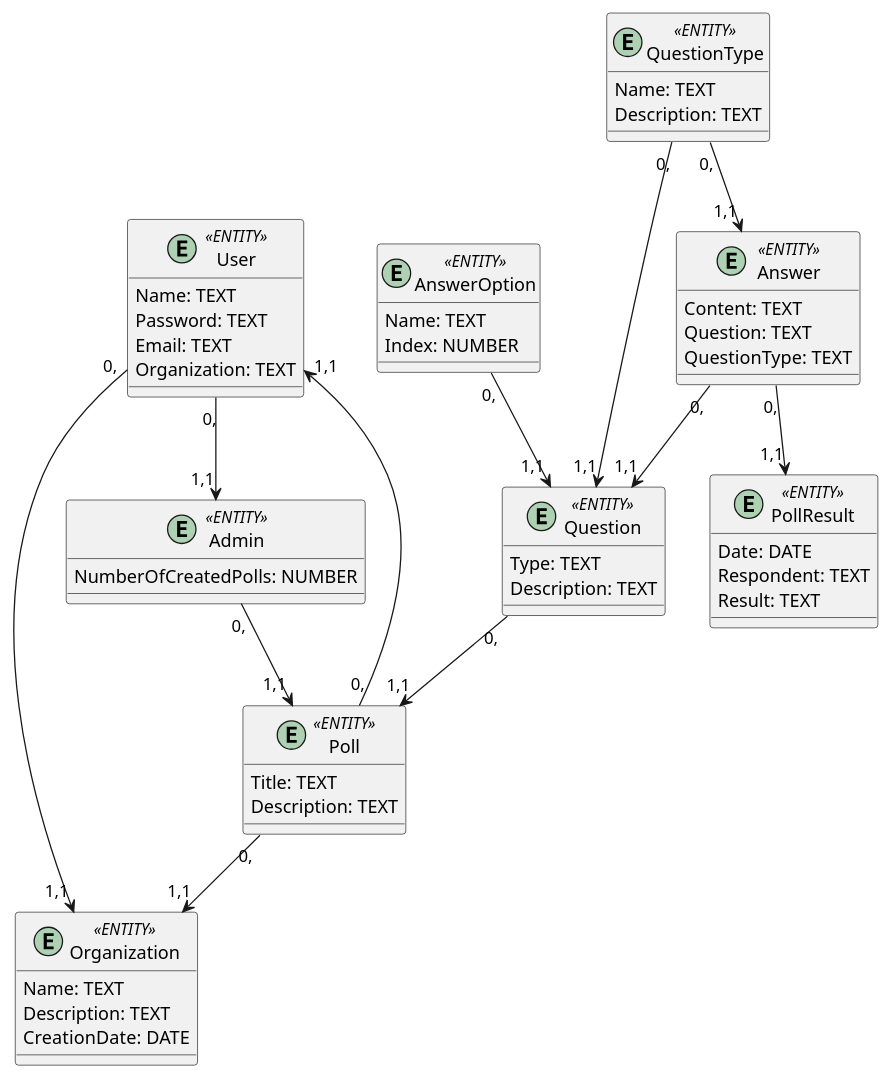
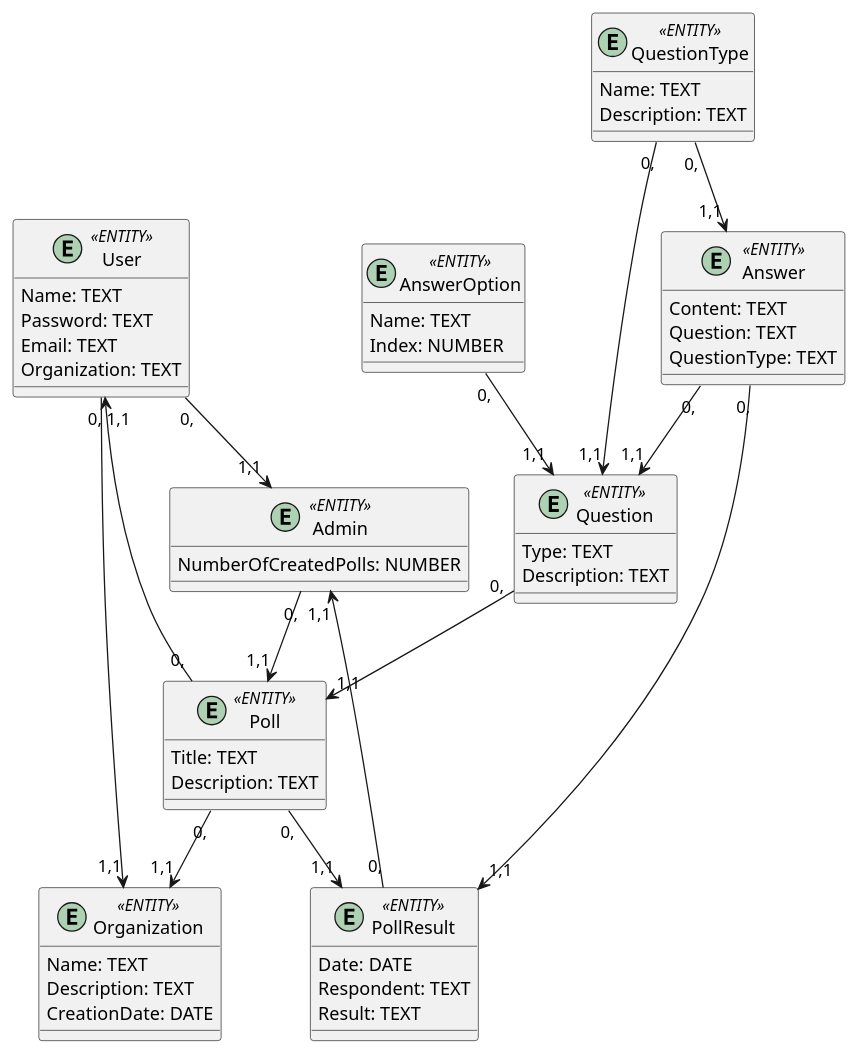
The second of 2 diagrams in docs/design/README.md (bochka123/bobryataStars), drawn with PlantUML before and after one commit. The commit also changed other lines of this file, not shown here.

Commit message:
hvatit menya dushit

```diff
--- a/docs/design/README.md
+++ b/docs/design/README.md
@@ -77,74 +79,78 @@
 @startuml
 
 	entity User <<ENTITY>> {
 		Name: TEXT
 		Password: TEXT
 		Email: TEXT
 		Organization: TEXT
 	}
 
 	entity Admin <<ENTITY>> {
 		NumberOfCreatedPolls: NUMBER
 	}
 
 	entity Organization <<ENTITY>> {
 		Name: TEXT
 		Description: TEXT
 		CreationDate: DATE
 	}
 
 	entity Poll <<ENTITY>> {
 		Title: TEXT
 		Description: TEXT
 	}
 
 	entity Question <<ENTITY>> {
 		Type: TEXT
 		Description: TEXT
 	}
 
 	entity AnswerOption <<ENTITY>> {
 		Name: TEXT
 		Index: NUMBER
 	}
 
 	entity QuestionType <<ENTITY>> {
 		Name: TEXT
 		Description: TEXT
 	}
 
 	entity Answer <<ENTITY>> {
 		Content: TEXT
 		Question: TEXT
 		QuestionType: TEXT
 	}
 
 	entity PollResult <<ENTITY>> {
 		Date: DATE
 		Respondent: TEXT
 		Result: TEXT
 	}
 
 	User "0,"-->"1,1" Admin
 
 	User "0,"-->"1,1" Organization
 
 	Admin "0,"-->"1,1" Poll
 
 	Poll "0,"-->"1,1" Organization
 
 	Poll "0,"-->"1,1" User
 
 	Question "0,"-->"1,1" Poll
 
 	AnswerOption "0,"-->"1,1" Question
 
 	QuestionType "0,"-->"1,1" Question
 
 	QuestionType "0,"-->"1,1" Answer
 
 	Answer "0,"-->"1,1" Question
 
 	Answer "0,"-->"1,1" PollResult
+
+	PollResult "0,"-->"1,1" Admin
+
+	Poll "0,"-->"1,1" PollResult
 	
 @enduml
```
